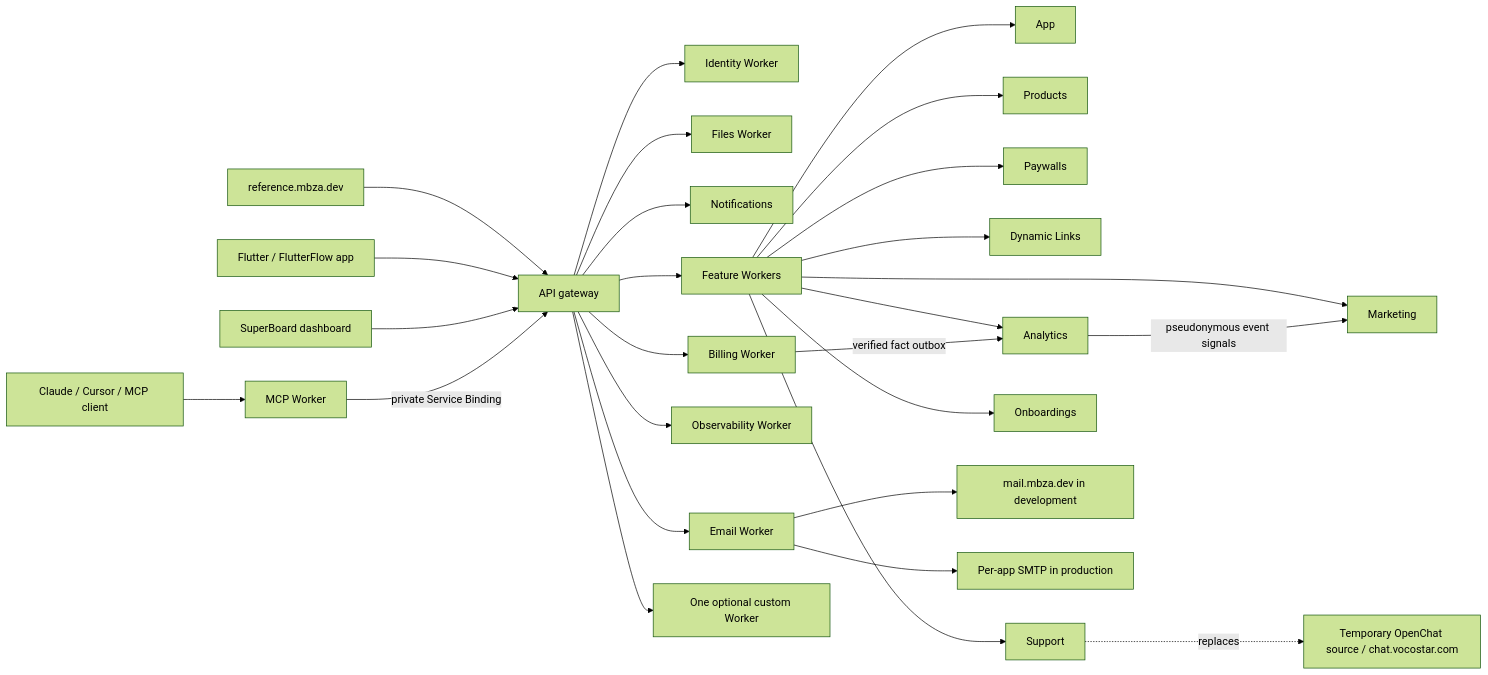
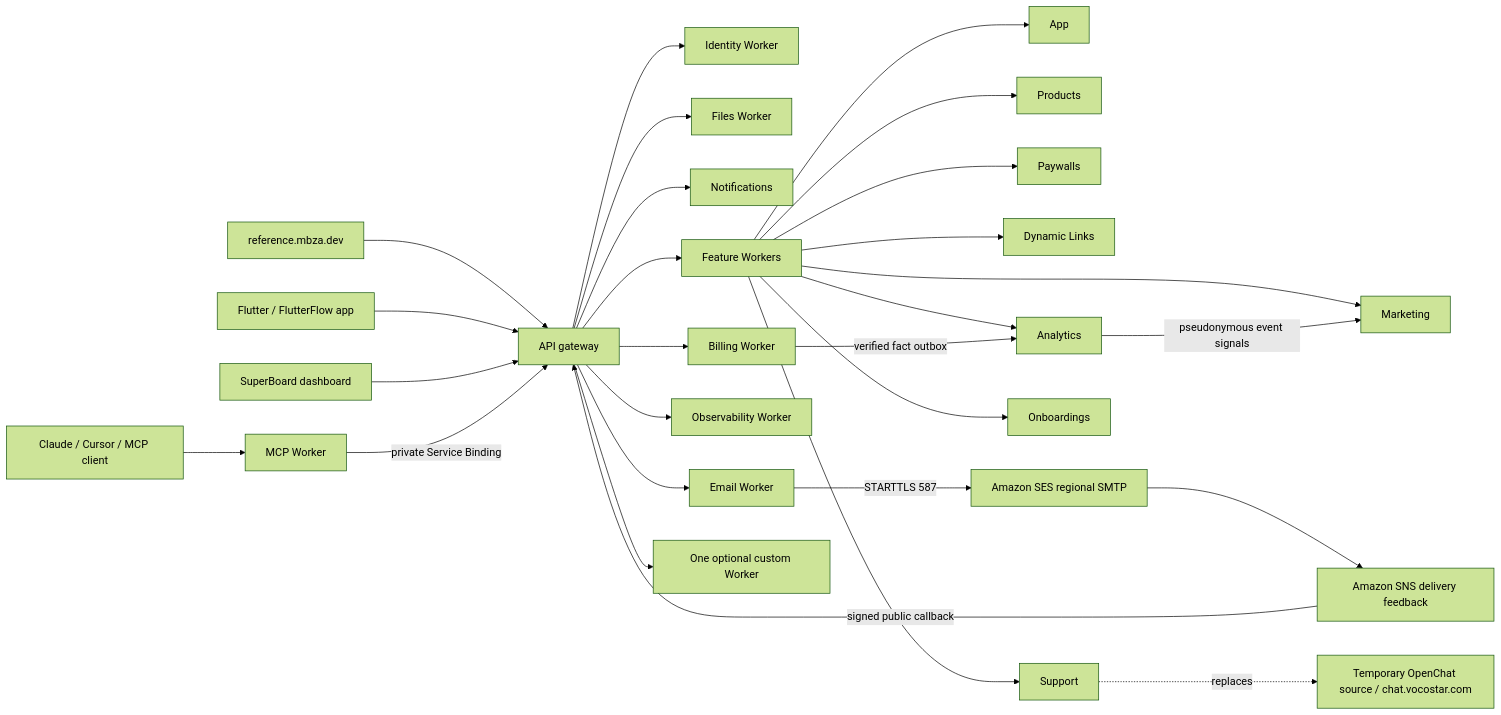
One commit to mabzadev/superboard changed the diagram in docs/REFERENCE_ARCHITECTURE.md. Above: the diagram before and after it, drawn with Mermaid (forest theme). The commit also changed other lines of this file and 76 other files, not shown here.

````diff
--- a/docs/REFERENCE_ARCHITECTURE.md
+++ b/docs/REFERENCE_ARCHITECTURE.md
@@ -58,29 +58,30 @@
 ```mermaid
 flowchart LR
   reference["reference.mbza.dev"] --> api["API gateway"]
   ff["Flutter / FlutterFlow app"] --> api
   admin["SuperBoard dashboard"] --> api
   agent["Claude / Cursor / MCP client"] --> mcp["MCP Worker"]
   mcp -->|"private Service Binding"| api
   api --> identity["Identity Worker"]
   api --> files["Files Worker"]
   api --> notifications["Notifications"]
   api --> billing["Billing Worker"]
   api --> email["Email Worker"]
   api --> observability["Observability Worker"]
   api --> modules["Feature Workers"]
   api --> custom["One optional custom Worker"]
   modules --> app["App"]
   modules --> products["Products"]
   modules --> paywalls["Paywalls"]
   modules --> links["Dynamic Links"]
   modules --> support["Support"]
   modules --> analytics["Analytics"]
   modules --> marketing["Marketing"]
   modules --> onboardings["Onboardings"]
   billing -->|"verified fact outbox"| analytics
   analytics -->|"pseudonymous event signals"| marketing
-  email --> capture["mail.mbza.dev in development"]
-  email --> smtp["Per-app SMTP in production"]
+  email -->|"STARTTLS 587"| ses["Amazon SES regional SMTP"]
+  ses --> sns["Amazon SNS delivery feedback"]
+  sns -->|"signed public callback"| api
   support -. replaces .-> chatwoot["Temporary OpenChat source / chat.vocostar.com"]
 ```
````
